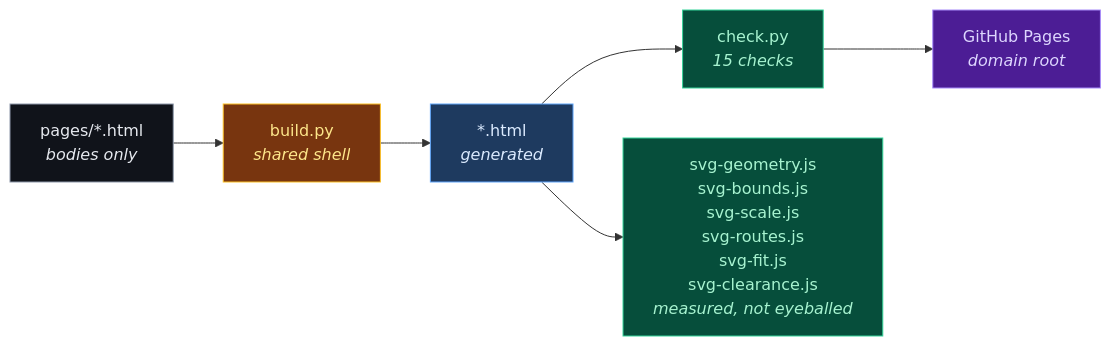
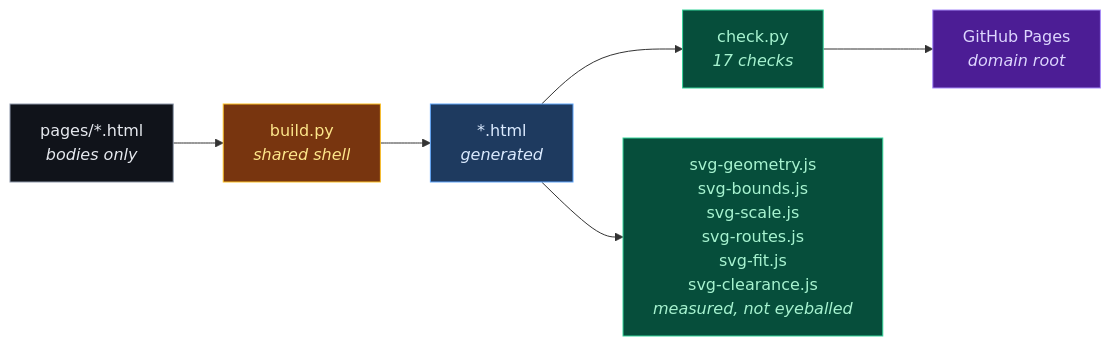
Before and after one commit to doublegate-io/doublegate-io.github.io: the diagram in README.md, drawn with Mermaid. The commit also changed other lines of this file and 10 other files, not shown here.

````diff
--- a/README.md
+++ b/README.md
@@ -34,15 +34,15 @@
 ```mermaid
 flowchart LR
   P["pages/*.html<br/><i>bodies only</i>"] --> B["build.py<br/><i>shared shell</i>"]
   B --> O["*.html<br/><i>generated</i>"]
-  O --> C["check.py<br/><i>15 checks</i>"]
+  O --> C["check.py<br/><i>17 checks</i>"]
   O --> G["svg-geometry.js<br/>svg-bounds.js<br/>svg-scale.js<br/>svg-routes.js<br/>svg-fit.js<br/>svg-clearance.js<br/><i>measured, not eyeballed</i>"]
   C --> D["GitHub Pages<br/><i>domain root</i>"]
 
   style P fill:#10131a,stroke:#8d97a9,color:#e6e9ef
   style B fill:#78350f,stroke:#fbbf24,color:#fde68a
   style O fill:#1e3a5f,stroke:#60a5fa,color:#dbeafe
   style C fill:#064e3b,stroke:#34d399,color:#a7f3d0
   style G fill:#064e3b,stroke:#34d399,color:#a7f3d0
   style D fill:#4c1d95,stroke:#a78bfa,color:#ddd6fe
 ```
````
